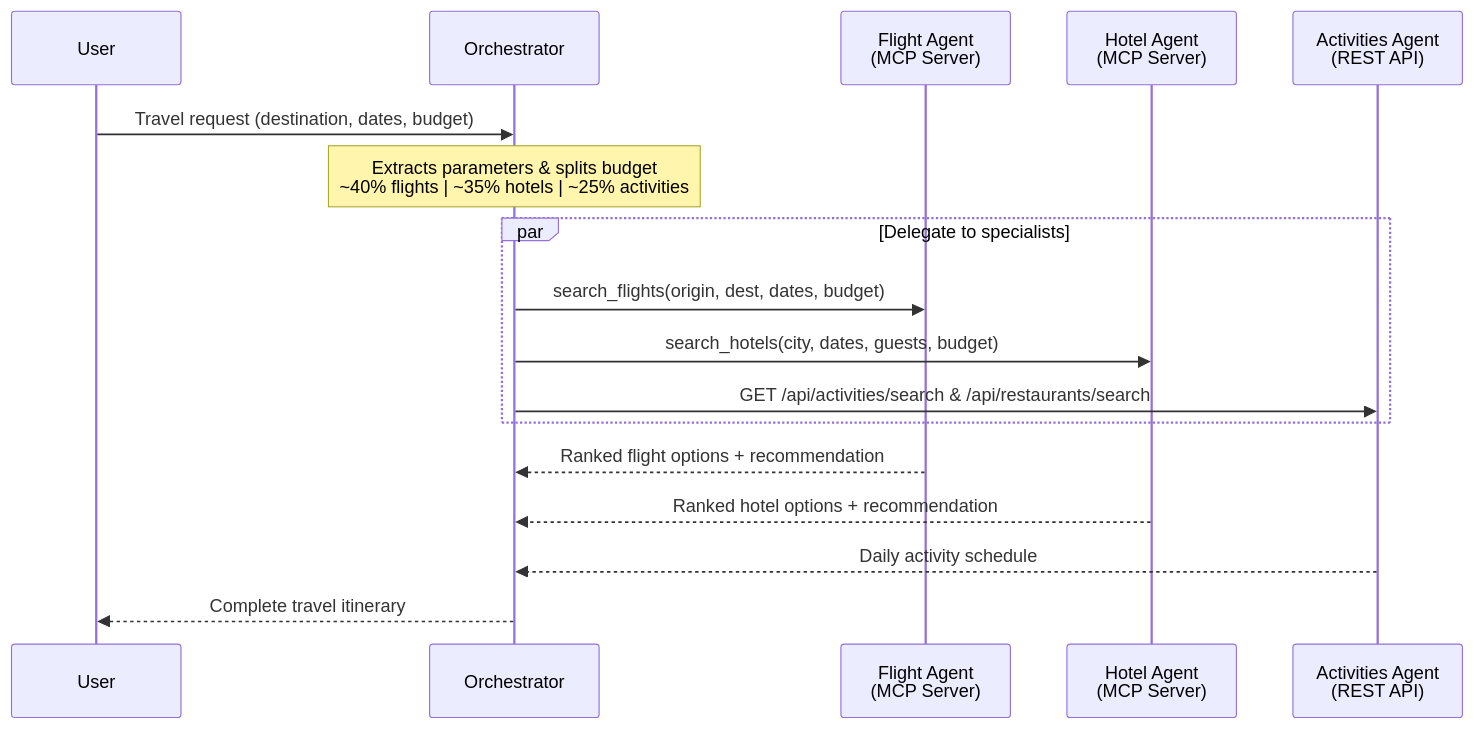
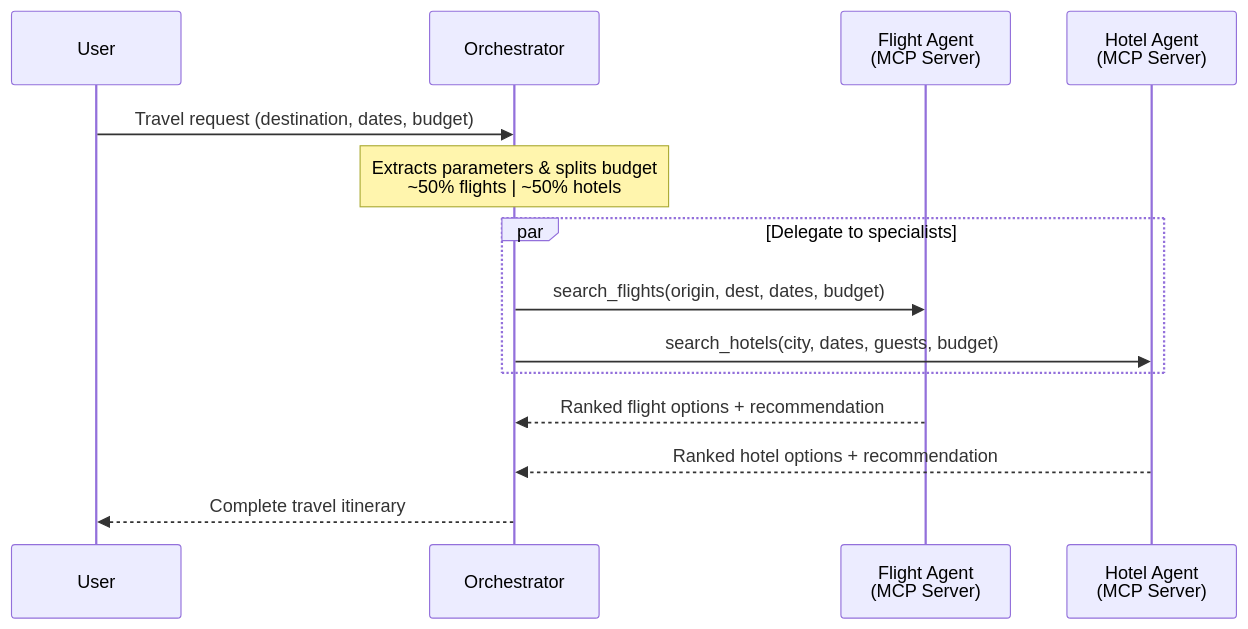
Before and after one commit to hugogirard/multi-agent-foundry-demo: the second of 2 diagrams in README.md, drawn with Mermaid. The commit also changed other lines of this file and 6 other files, not shown here.

````diff
--- a/README.md
+++ b/README.md
@@ -54,24 +55,21 @@
 ```mermaid
 sequenceDiagram
     participant User
     participant Orchestrator
     participant FlightAgent as Flight Agent<br/>(MCP Server)
     participant HotelAgent as Hotel Agent<br/>(MCP Server)
-    participant ActivitiesAgent as Activities Agent<br/>(REST API)
 
     User->>Orchestrator: Travel request (destination, dates, budget)
     
-    Note over Orchestrator: Extracts parameters & splits budget<br/>~40% flights | ~35% hotels | ~25% activities
+    Note over Orchestrator: Extracts parameters & splits budget<br/>~50% flights | ~50% hotels
 
     par Delegate to specialists
         Orchestrator->>FlightAgent: search_flights(origin, dest, dates, budget)
         Orchestrator->>HotelAgent: search_hotels(city, dates, guests, budget)
-        Orchestrator->>ActivitiesAgent: GET /api/activities/search & /api/restaurants/search
     end
 
     FlightAgent-->>Orchestrator: Ranked flight options + recommendation
     HotelAgent-->>Orchestrator: Ranked hotel options + recommendation
-    ActivitiesAgent-->>Orchestrator: Daily activity schedule
 
     Orchestrator-->>User: Complete travel itinerary
 ```
````
